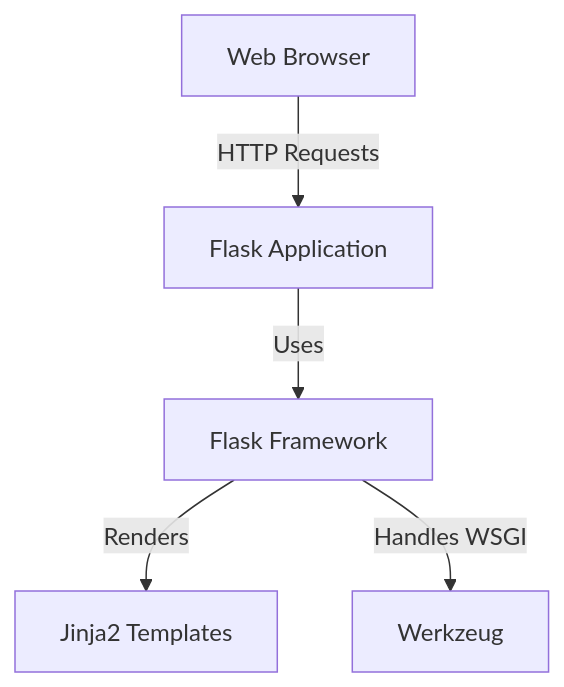
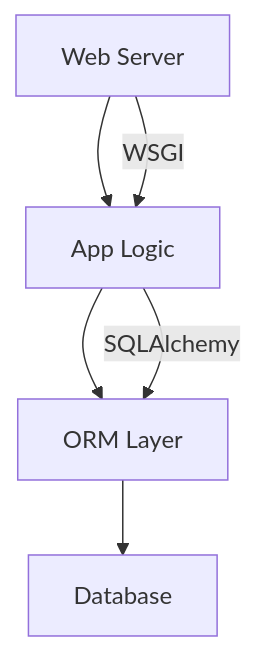
The first of 3 diagrams in examples/github-sec-design-flask-deepseekdeepseek-r1.md (xvnpw/ai-security-analyzer), drawn with Mermaid before and after one commit. The commit also changed other lines of this file and 218 other files, not shown here.

````diff
--- a/examples/github-sec-design-flask-deepseekdeepseek-r1.md
+++ b/examples/github-sec-design-flask-deepseekdeepseek-r1.md
@@ -66,7 +77,8 @@
 ```mermaid
 graph TD
-  A[Web Browser] -->|HTTP Requests| B[Flask Application]
-  B -->|Uses| C[Flask Framework]
-  C -->|Renders| D[Jinja2 Templates]
-  C -->|Handles WSGI| E[Werkzeug]
+    A[Web Server] --> B[App Logic]
+    B --> C[ORM Layer]
+    C --> D[Database]
+    A -->|WSGI| B
+    B -->|SQLAlchemy| C
 ```
````
